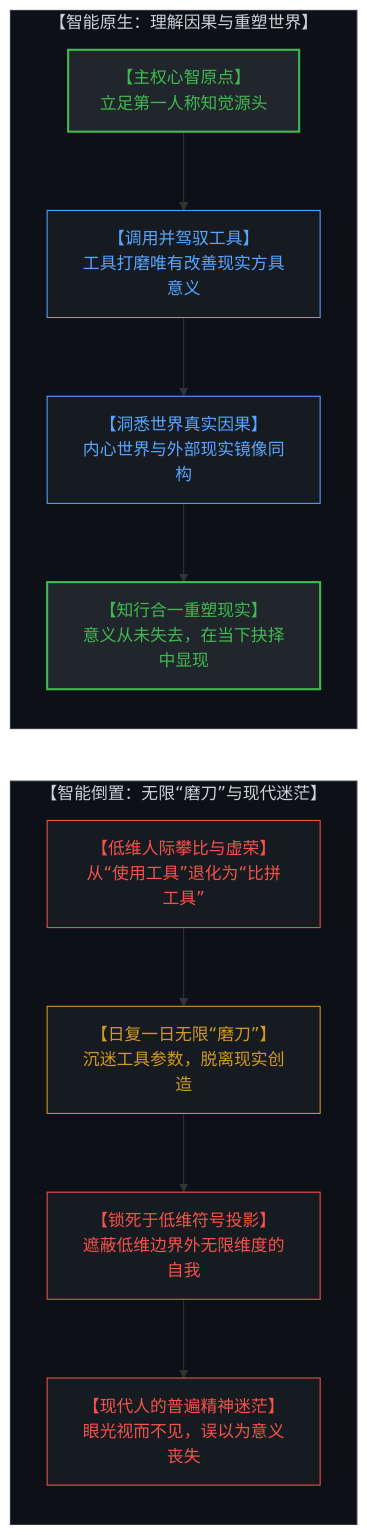
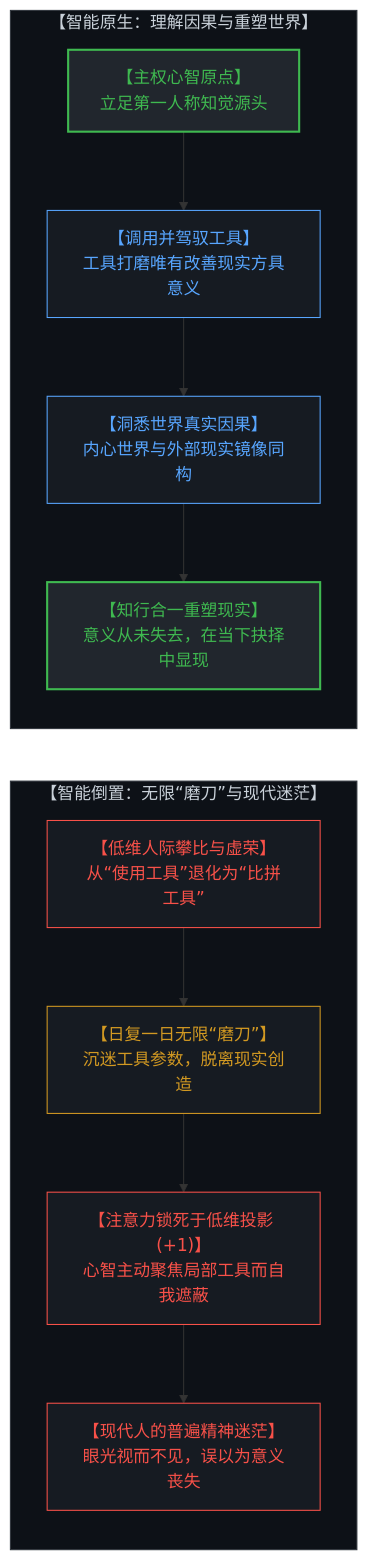
One commit to powerpig99/not-a-toe changed diagram 11 of 16 in content/posts/the-dissolution-of-the-great-reversal.md. Above: the diagram before and after it, drawn with Mermaid. The commit also changed other lines of this file and 4 other files, not shown here.

````diff
--- a/content/posts/the-dissolution-of-the-great-reversal.md
+++ b/content/posts/the-dissolution-of-the-great-reversal.md
@@ -481,37 +481,37 @@
 ```mermaid
 graph TD
     subgraph NativeIntelligence["【智能原生：理解因果与重塑世界】"]
         direction TB
         SovereignMind["【主权心智原点】<br>立足第一人称知觉源头"]
         LeverageTools["【调用并驾驭工具】<br>工具打磨唯有改善现实方具意义"]
         DeepClarity["【洞悉世界真实因果】<br>内心世界与外部现实镜像同构"]
         ReshapeReality["【知行合一重塑现实】<br>意义从未失去，在当下抉择中显现"]
         SovereignMind --> LeverageTools
         LeverageTools --> DeepClarity
         DeepClarity --> ReshapeReality
     end
 
     subgraph ToolSharpeningTrap["【智能倒置：无限“磨刀”与现代迷茫】"]
         direction TB
         StatusComparison["【低维人际攀比与虚荣】<br>从“使用工具”退化为“比拼工具”"]
         InfinitePolishing["【日复一日无限“磨刀”】<br>沉迷工具参数，脱离现实创造"]
-        LowDimProjection["【锁死于低维符号投影】<br>遮蔽低维边界外无限维度的自我"]
+        LowDimProjection["【注意力锁死于低维投影 (+1)】<br>心智主动聚焦局部工具而自我遮蔽"]
         ExistentialLost["【现代人的普遍精神迷茫】<br>眼光视而不见，误以为意义丧失"]
         StatusComparison --> InfinitePolishing
         InfinitePolishing --> LowDimProjection
         LowDimProjection --> ExistentialLost
     end
 
     ReshapeReality ~~~ StatusComparison
 
     style NativeIntelligence fill:#0d1117,stroke:#30363d,stroke-width:1px,color:#c9d1d9
     style SovereignMind fill:#21262d,stroke:#3fb950,stroke-width:2px,color:#3fb950
     style LeverageTools fill:#161b22,stroke:#58a6ff,stroke-width:1px,color:#58a6ff
     style DeepClarity fill:#161b22,stroke:#58a6ff,stroke-width:1px,color:#58a6ff
     style ReshapeReality fill:#21262d,stroke:#3fb950,stroke-width:2px,color:#3fb950
     style ToolSharpeningTrap fill:#0d1117,stroke:#30363d,stroke-width:1px,color:#c9d1d9
     style StatusComparison fill:#161b22,stroke:#f85149,stroke-width:1px,color:#f85149
     style InfinitePolishing fill:#161b22,stroke:#d29922,stroke-width:1px,color:#d29922
     style LowDimProjection fill:#161b22,stroke:#f85149,stroke-width:1px,color:#f85149
     style ExistentialLost fill:#161b22,stroke:#f85149,stroke-width:1px,color:#f85149
 ```
````
